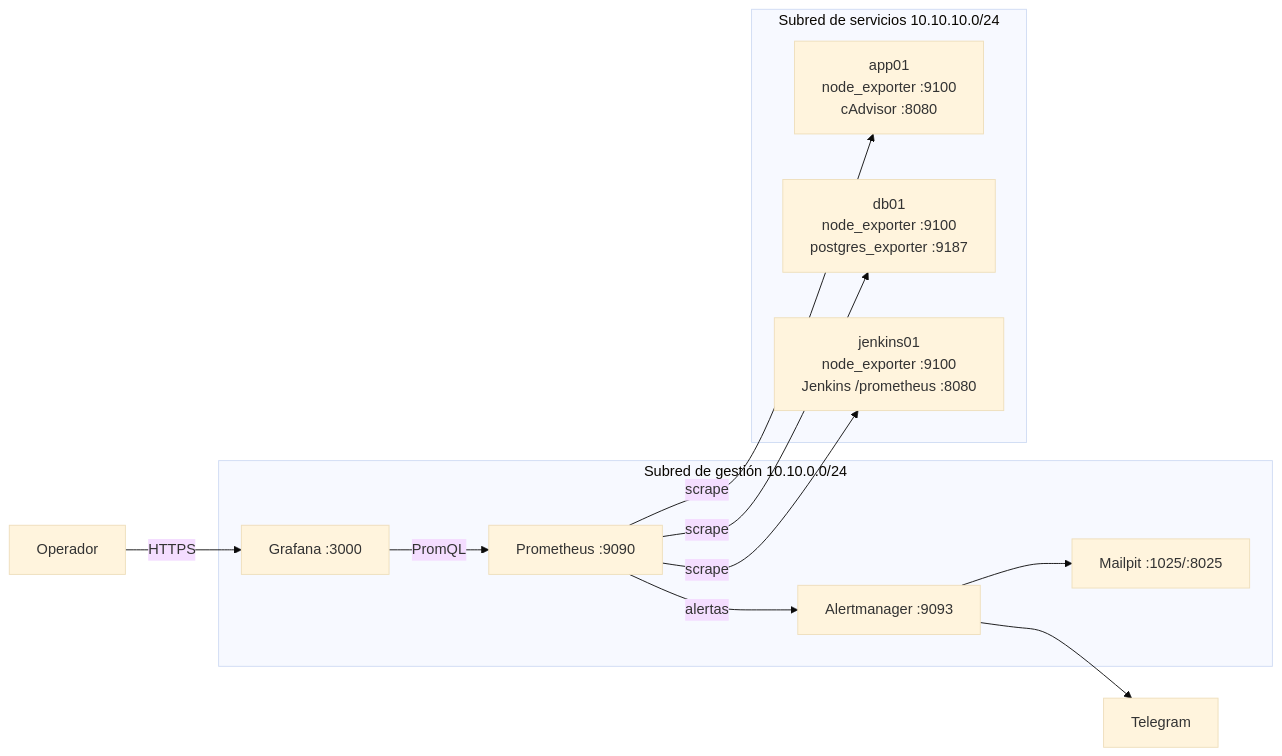
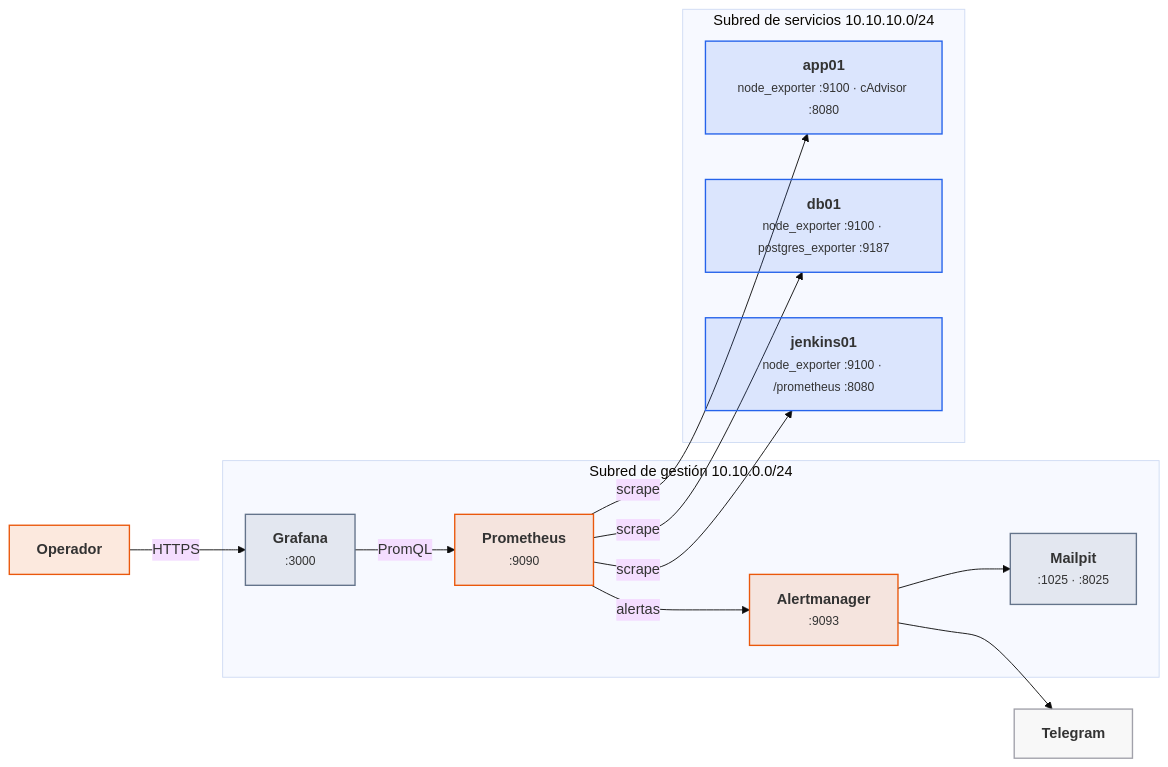
The second of 4 diagrams in docs/ut/ut7-monitorizacion.md (victor-educ/apuntes-5166), drawn with Mermaid (base theme) before and after one commit. The commit also changed other lines of this file and 12 other files, not shown here.

First line of the commit message:
Temporalización definitiva, gramática visual y diagramas en todas las unidades

````diff
--- a/docs/ut/ut7-monitorizacion.md
+++ b/docs/ut/ut7-monitorizacion.md
@@ -183,22 +205,30 @@
 ```mermaid
 flowchart LR
-  subgraph gestion["Subred de gestión 10.10.0.0/24"]
-    P[Prometheus :9090]
-    AM[Alertmanager :9093]
-    G[Grafana :3000]
-    MP[Mailpit :1025/:8025]
-  end
-  subgraph servicios["Subred de servicios 10.10.10.0/24"]
-    A["app01<br/>node_exporter :9100<br/>cAdvisor :8080"]
-    D["db01<br/>node_exporter :9100<br/>postgres_exporter :9187"]
-    J["jenkins01<br/>node_exporter :9100<br/>Jenkins /prometheus :8080"]
-  end
-  P -- scrape --> A
-  P -- scrape --> D
-  P -- scrape --> J
-  P -- alertas --> AM
-  AM --> MP
-  AM --> TG[Telegram]
-  G -- PromQL --> P
-  OPS[Operador] -- HTTPS --> G
+    subgraph gestion["Subred de gestión 10.10.0.0/24"]
+        P["<b>Prometheus</b><br><small>:9090</small>"]:::act
+        AM["<b>Alertmanager</b><br><small>:9093</small>"]:::act
+        G["<b>Grafana</b><br><small>:3000</small>"]:::pieza
+        MP["<b>Mailpit</b><br><small>:1025 · :8025</small>"]:::pieza
+    end
+    subgraph servicios["Subred de servicios 10.10.10.0/24"]
+        A["<b>app01</b><br><small>node_exporter :9100 · cAdvisor :8080</small>"]:::dato
+        D["<b>db01</b><br><small>node_exporter :9100 · postgres_exporter :9187</small>"]:::dato
+        J["<b>jenkins01</b><br><small>node_exporter :9100 · /prometheus :8080</small>"]:::dato
+    end
+    OPS["<b>Operador</b>"]:::act
+    TG["<b>Telegram</b>"]:::infra
+    P -- scrape --> A
+    P -- scrape --> D
+    P -- scrape --> J
+    P -- alertas --> AM
+    AM --> MP
+    AM --> TG
+    G -- PromQL --> P
+    OPS -- HTTPS --> G
+    classDef act fill:#ea580c22,stroke:#ea580c,stroke-width:1.5px
+    classDef pieza fill:#64748b22,stroke:#64748b,stroke-width:1.5px
+    classDef dato fill:#2563eb22,stroke:#2563eb,stroke-width:1.5px
+    classDef infra fill:#a1a1aa14,stroke:#a1a1aa,stroke-width:1.5px
+    classDef ok fill:#16a34a22,stroke:#16a34a,stroke-width:1.5px
+    classDef riesgo fill:#dc262622,stroke:#dc2626,stroke-width:1.5px
 ```
````
